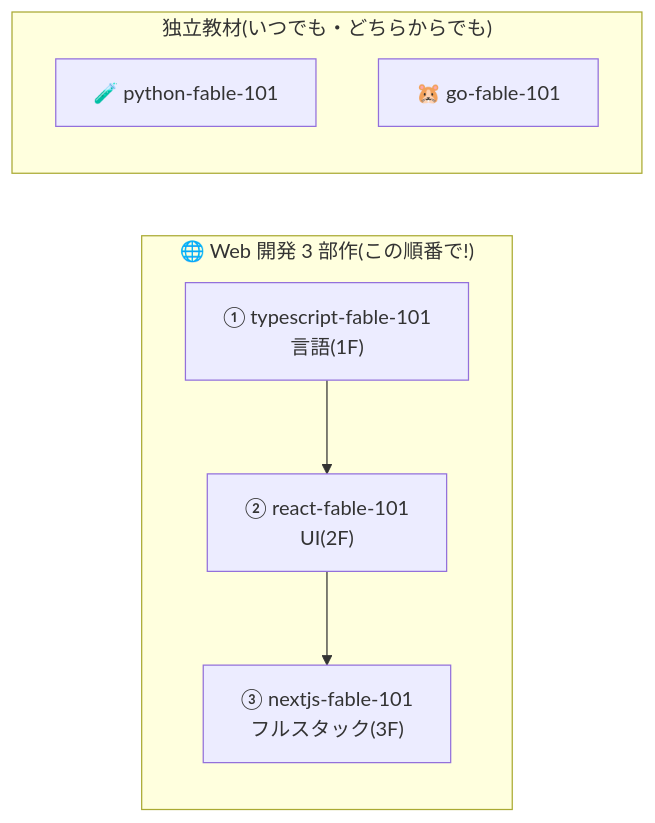
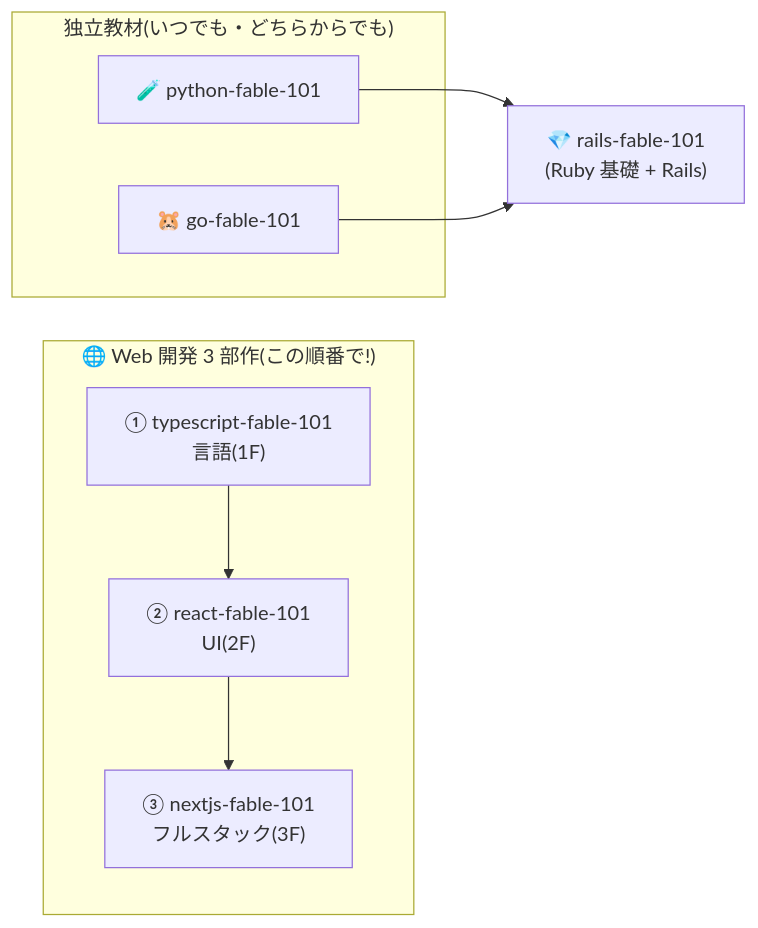
The diagram in README.md (hiroakisan158/tech-self-study), drawn with Mermaid before and after one commit. The commit also changed other lines of this file and 18 other files, not shown here.

First line of the commit message:
Add rails-fable-101 self-study materials

````diff
--- a/README.md
+++ b/README.md
@@ -31,10 +32,12 @@
 ```mermaid
 flowchart LR
     subgraph Web["🌐 Web 開発 3 部作(この順番で!)"]
         TS["① typescript-fable-101<br/>言語(1F)"] --> React["② react-fable-101<br/>UI(2F)"] --> Next["③ nextjs-fable-101<br/>フルスタック(3F)"]
     end
     subgraph Solo["独立教材(いつでも・どちらからでも)"]
         Py["🧪 python-fable-101"]
         Go["🐹 go-fable-101"]
     end
+    Py --> Rails["💎 rails-fable-101<br/>(Ruby 基礎 + Rails)"]
+    Go --> Rails
 ```
````
